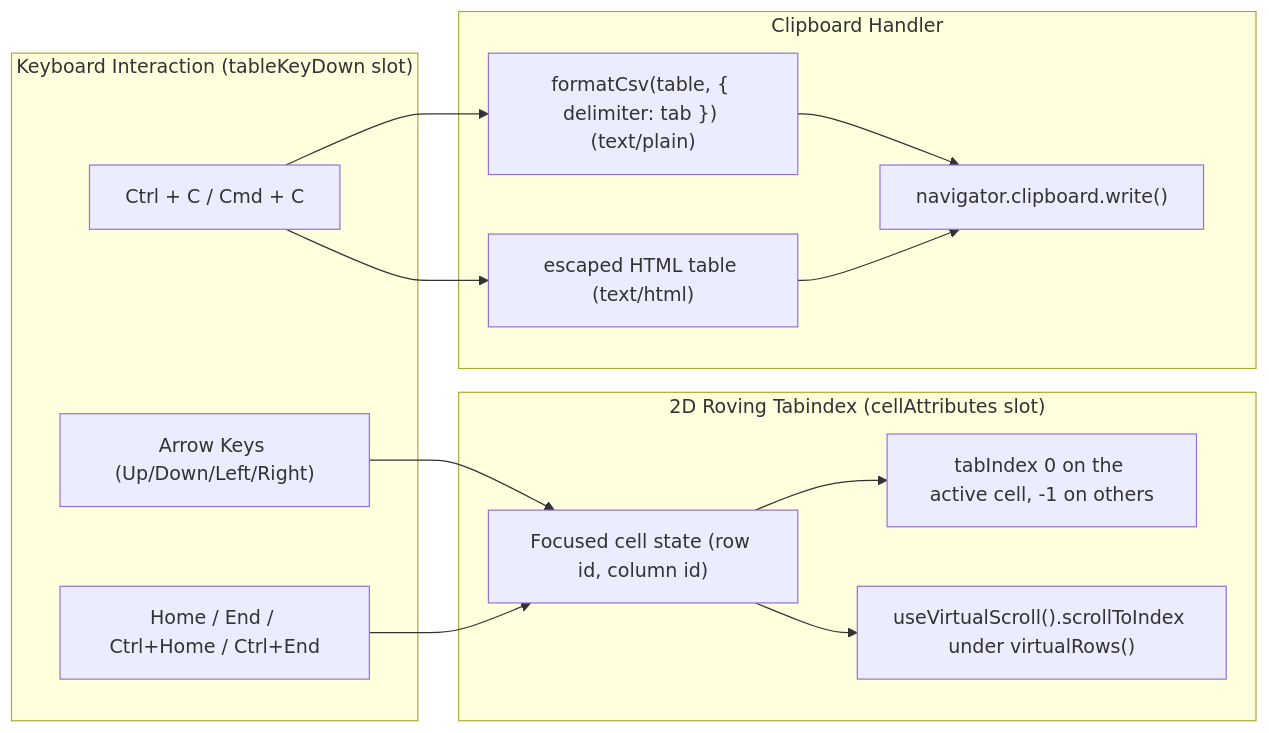
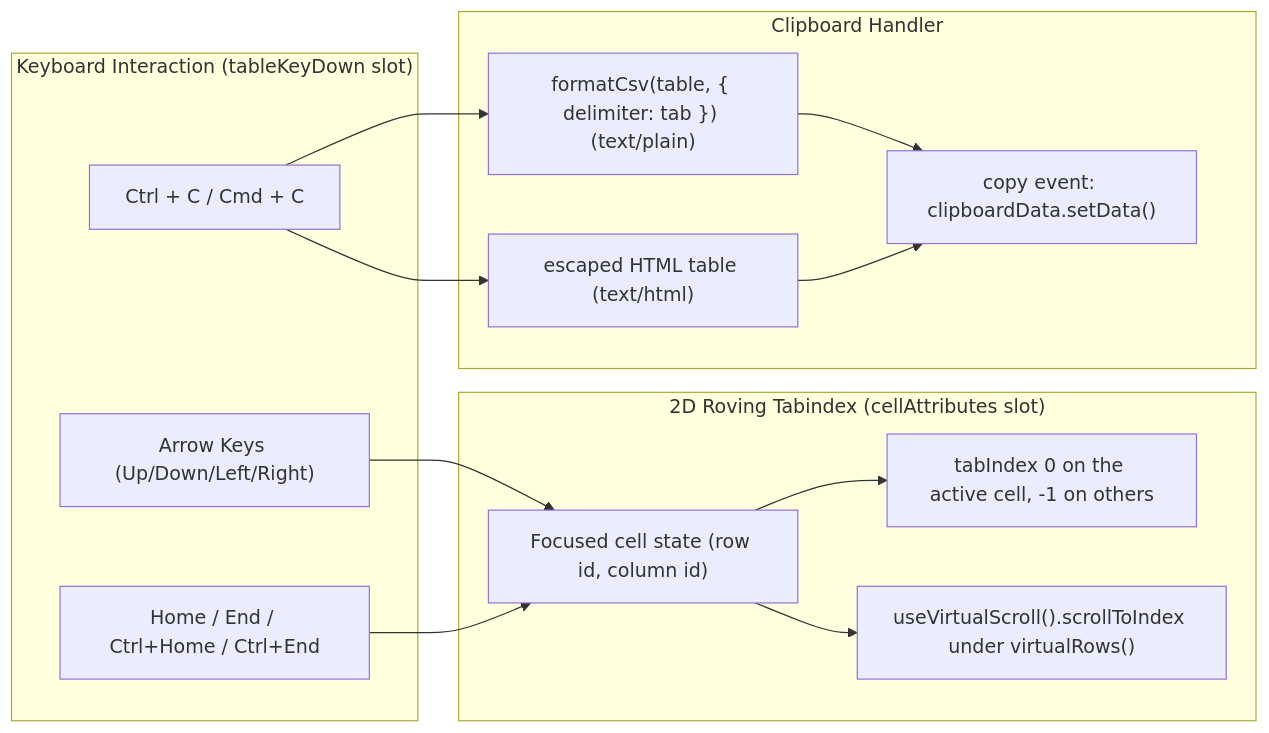
One commit to yaotzin1/apsw-gridwright changed the diagram in specs/cell-navigation-and-clipboard/spec.md. Above: the diagram before and after it, drawn with Mermaid. The commit also changed other lines of this file and 70 other files, not shown here.

````diff
--- a/specs/cell-navigation-and-clipboard/spec.md
+++ b/specs/cell-navigation-and-clipboard/spec.md
@@ -30,24 +31,24 @@
 ```mermaid
 flowchart LR
     subgraph Keys["Keyboard Interaction (tableKeyDown slot)"]
         Arrows["Arrow Keys (Up/Down/Left/Right)"]
         HomeEnd["Home / End / Ctrl+Home / Ctrl+End"]
         CopyKey["Ctrl + C / Cmd + C"]
     end
 
     subgraph Navigation["2D Roving Tabindex (cellAttributes slot)"]
         FocusCell["Focused cell state (row id, column id)"]
         Tabindex["tabIndex 0 on the active cell, -1 on others"]
         Scroll["useVirtualScroll().scrollToIndex under virtualRows()"]
     end
 
     subgraph Clipboard["Clipboard Handler"]
         TSV["formatCsv(table, { delimiter: tab }) (text/plain)"]
         HTML["escaped HTML table (text/html)"]
-        ClipAPI["navigator.clipboard.write()"]
+        ClipAPI["copy event: clipboardData.setData()"]
     end
 
     Arrows & HomeEnd --> FocusCell
     FocusCell --> Tabindex & Scroll
     CopyKey --> TSV & HTML --> ClipAPI
 ```
````
